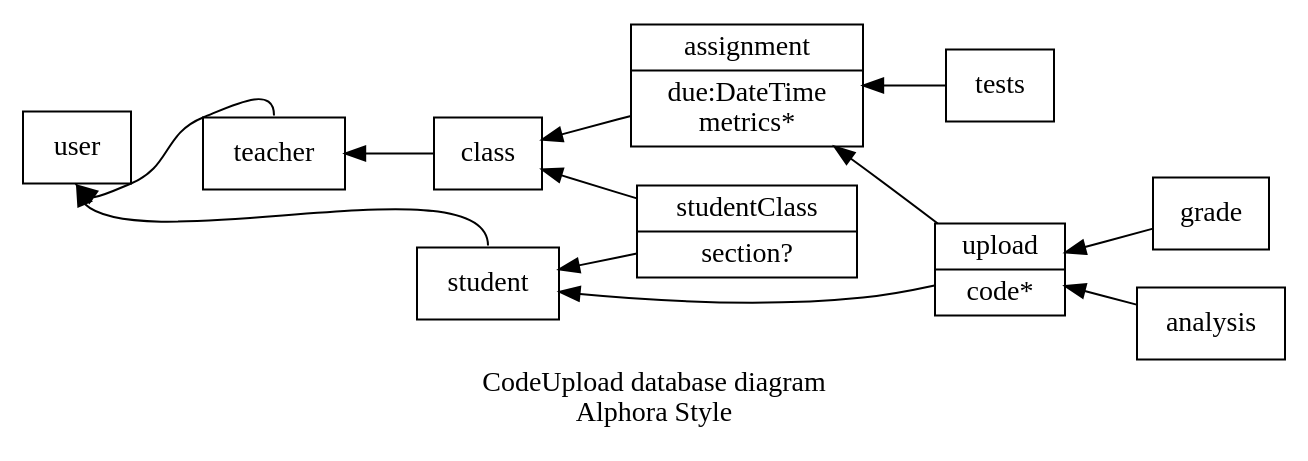
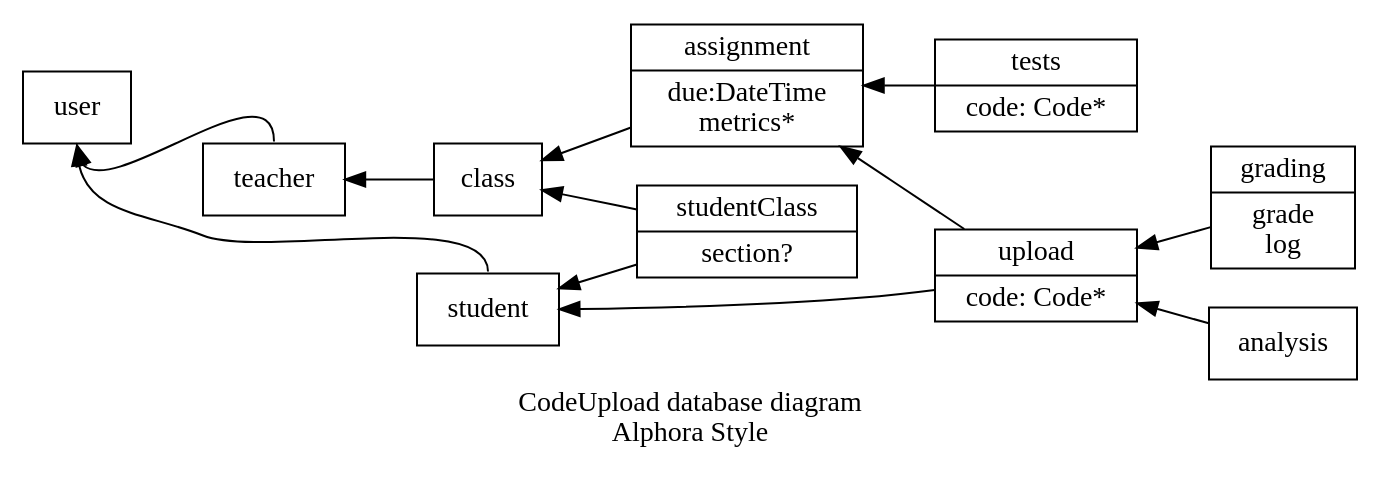
Before and after one commit to mckaysalisbury/grades: the diagram in db.gv, drawn with Graphviz. The commit also changed 2 other files, not shown here.

Commit message:
grading / analyzing clarity. Fill out readme for presentaiton.

```diff
--- a/db.gv
+++ b/db.gv
@@ -1,16 +1,22 @@
 digraph db {
     label="CodeUpload database diagram\nAlphora Style"
     rankdir=RL
     node [shape=record]
 
     assignment [label="assignment|due:DateTime\nmetrics*"]
-    upload [label="upload|code*"]
+    upload [label="upload|code: Code*"]
     studentClass [label="studentClass|section?"]
+    tests [label="tests|code: Code*"]
+    grading [label="grading|grade\nlog"]
+
     studentClass -> student, class
     upload -> student, assignment
 
-    grade, analysis -> upload
+    grading, analysis -> upload
     student:n, teacher:n -> user:s
 
     tests -> assignment -> class -> teacher
+
+    # invis helpers
+    assignment -> user [style=invis]
 }
```
